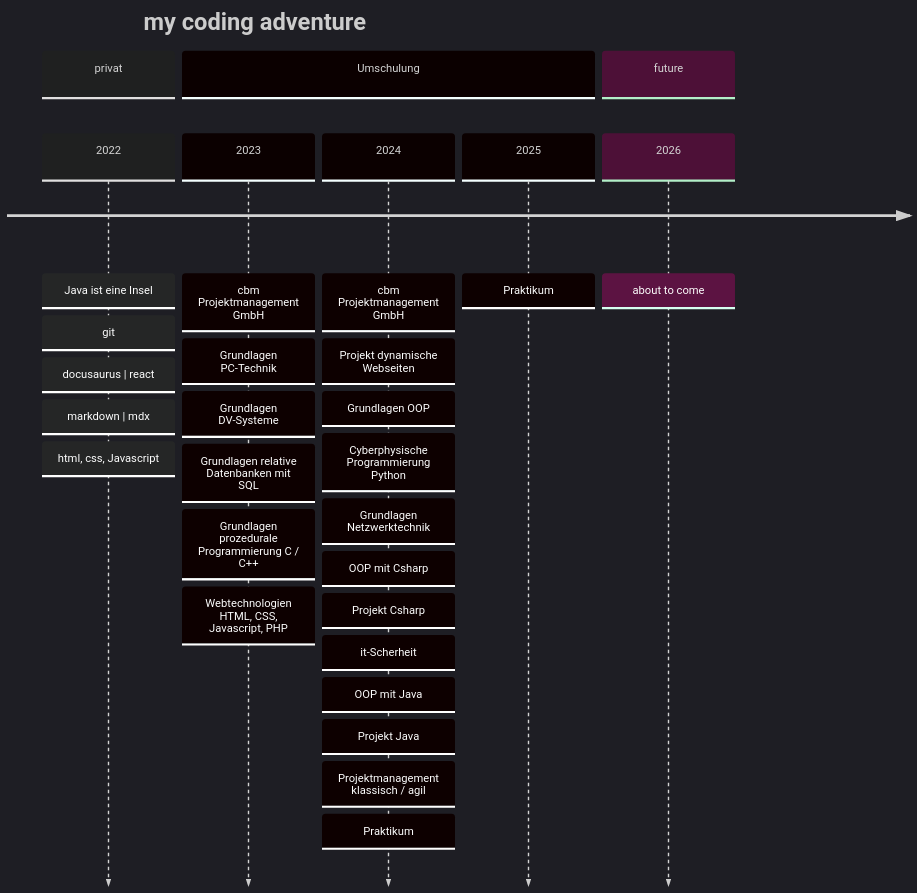
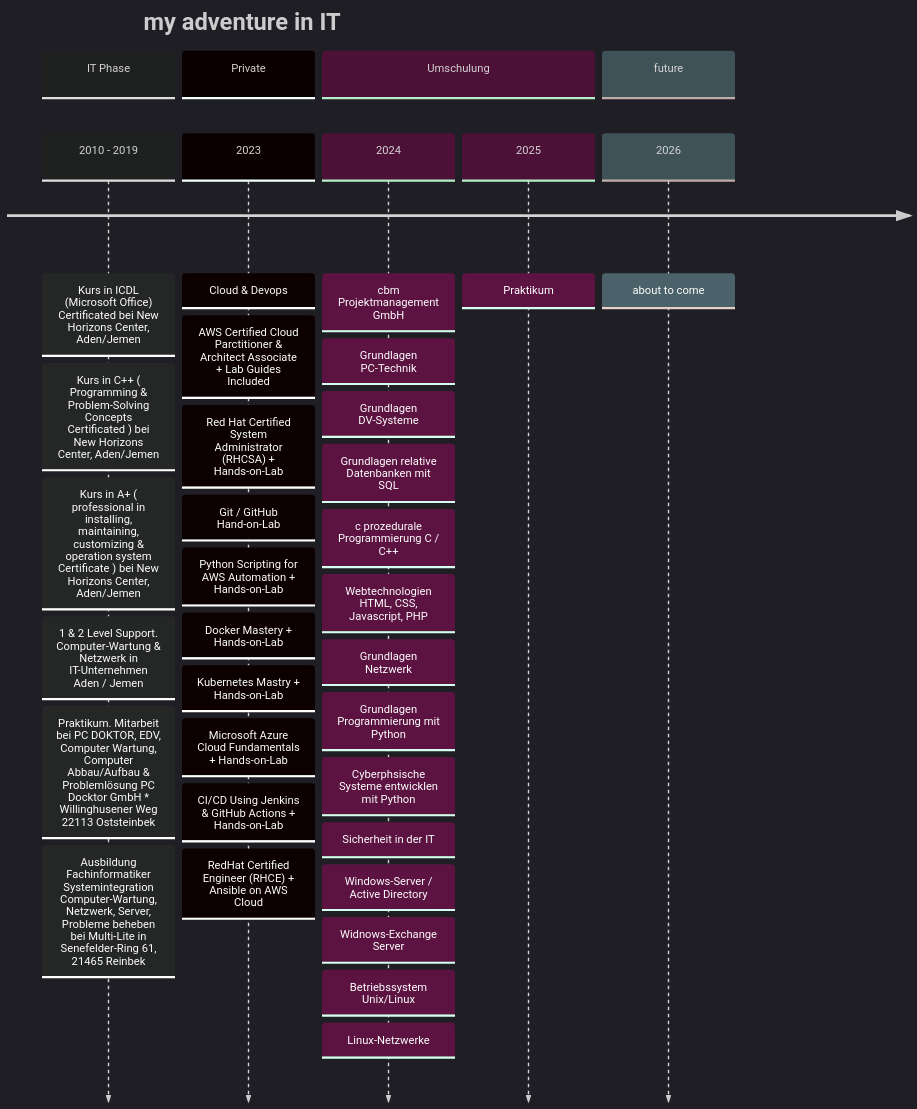
Before and after one commit to DevOpsCloudOm4r/DevOpsCloudOm4r: the second of 2 diagrams in readme.md, drawn with Mermaid.

Commit message:
readme.md

````diff
--- a/readme.md
+++ b/readme.md
@@ -32,33 +32,42 @@
 ```mermaid
 %%{init: { 'logLevel': 'debug', 'theme': 'dark' } }%%
 timeline
-    title my coding adventure
-    section privat
-    2022: Java ist eine Insel
-      : git
-      : docusaurus | react
-      : markdown | mdx
-      : html, css, Javascript
+    title my adventure in IT 
+     section  IT Phase
+     2010 - 2019
+      : Kurs in ICDL (Microsoft Office) Certificated bei New Horizons Center, Aden/Jemen
+      : Kurs in C++ ( Programming & Problem-Solving Concepts Certificated ) bei New Horizons Center, Aden/Jemen
+      : Kurs in A+ ( professional in installing, maintaining, customizing & operation system Certificate ) bei New Horizons Center, Aden/Jemen
+      : 1 & 2 Level Support. Computer-Wartung & Netzwerk in IT-Unternehmen Aden / Jemen
+      : Praktikum. Mitarbeit bei PC DOKTOR, EDV, Computer Wartung, Computer Abbau/Aufbau & Problemlösung PC Docktor GmbH * Willinghusener Weg 22113 Oststeinbek
+      : Ausbildung Fachinformatiker Systemintegration Computer-Wartung, Netzwerk, Server, Probleme beheben bei Multi-Lite in Senefelder-Ring 61, 21465 Reinbek
+    section Private
+    2023: Cloud & Devops
+      : AWS Certified Cloud Parctitioner & Architect Associate + Lab Guides Included
+      : Red Hat Certified System Administrator (RHCSA) + Hands-on-Lab
+      : Git / GitHub  Hand-on-Lab
+      : Python Scripting for AWS Automation + Hands-on-Lab
+      : Docker Mastery + Hands-on-Lab
+      : Kubernetes Mastry + Hands-on-Lab
+      : Microsoft Azure Cloud Fundamentals + Hands-on-Lab
+      : CI/CD Using Jenkins & GitHub Actions + Hands-on-Lab
+      : RedHat Certified Engineer (RHCE) + Ansible on AWS Cloud
     section Umschulung 
-      2023: cbm Projektmanagement GmbH
+      2024: cbm Projektmanagement GmbH
           : Grundlagen PC-Technik
           : Grundlagen DV-Systeme
           : Grundlagen relative Datenbanken mit SQL
-          : Grundlagen prozedurale Programmierung C / C++
+          : c prozedurale Programmierung C / C++
           : Webtechnologien HTML, CSS, Javascript, PHP
-      2024: cbm Projektmanagement GmbH
-          : Projekt dynamische Webseiten
-          : Grundlagen OOP
-          : Cyberphysische Programmierung Python
-          : Grundlagen Netzwerktechnik
-          : OOP mit Csharp
-          : Projekt Csharp
-          : it-Scherheit
-          : OOP mit Java
-          : Projekt Java
-          : Projektmanagement klassisch / agil
-          : Praktikum
+          : Grundlagen Netzwerk
+          : Grundlagen Programmierung mit Python
+          : Cyberphsische Systeme entwicklen mit Python
+          : Sicherheit in der IT
+          : Windows-Server / Active Directory
+          : Widnows-Exchange Server
+          : Betriebssystem Unix/Linux
+          : Linux-Netzwerke
       2025: Praktikum
     section future
       2026: about to come
 ```
````
